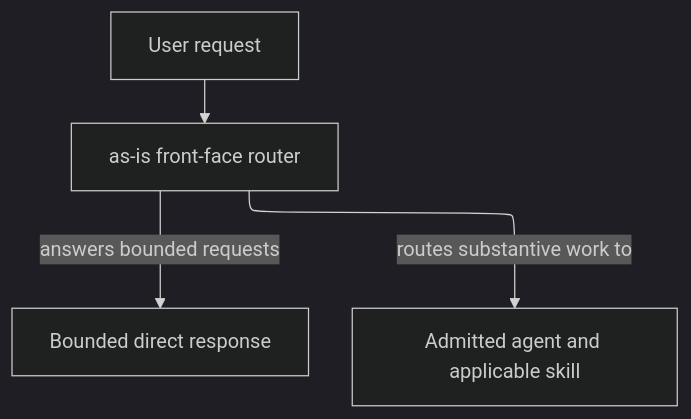
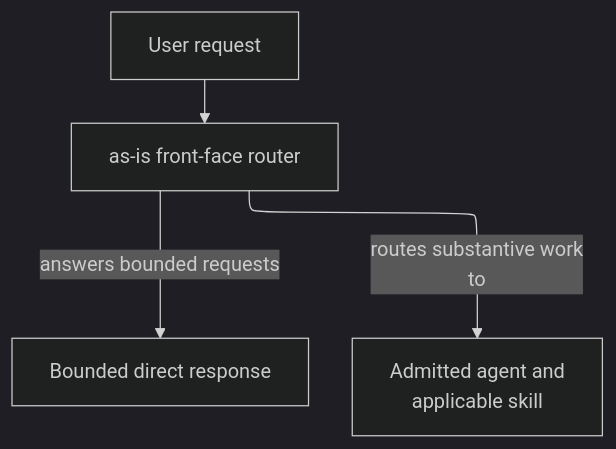
One commit to abstract-business-systems/as-is changed the first of 2 diagrams in agents/as-is/as-is.md. Above: the diagram before and after it, drawn with Mermaid (dark theme). The commit also changed other lines of this file and 47 other files, not shown here.

Commit message:
docs(diagrams): improve Mermaid readability validation

````diff
--- a/agents/as-is/as-is.md
+++ b/agents/as-is/as-is.md
@@ -16,10 +16,10 @@
 ```mermaid
 ---
 config:
   layout: elk
 ---
 flowchart TB
     Request["User request"] --> Router["as-is front-face router"]
     Router -->|answers bounded requests| Direct["Bounded direct response"]
-    Router -->|routes substantive work to| Target["Admitted agent and applicable skill"]
+    Router -->|routes substantive work<br/>to| Target["Admitted agent and<br/>applicable skill"]
 ```
````
